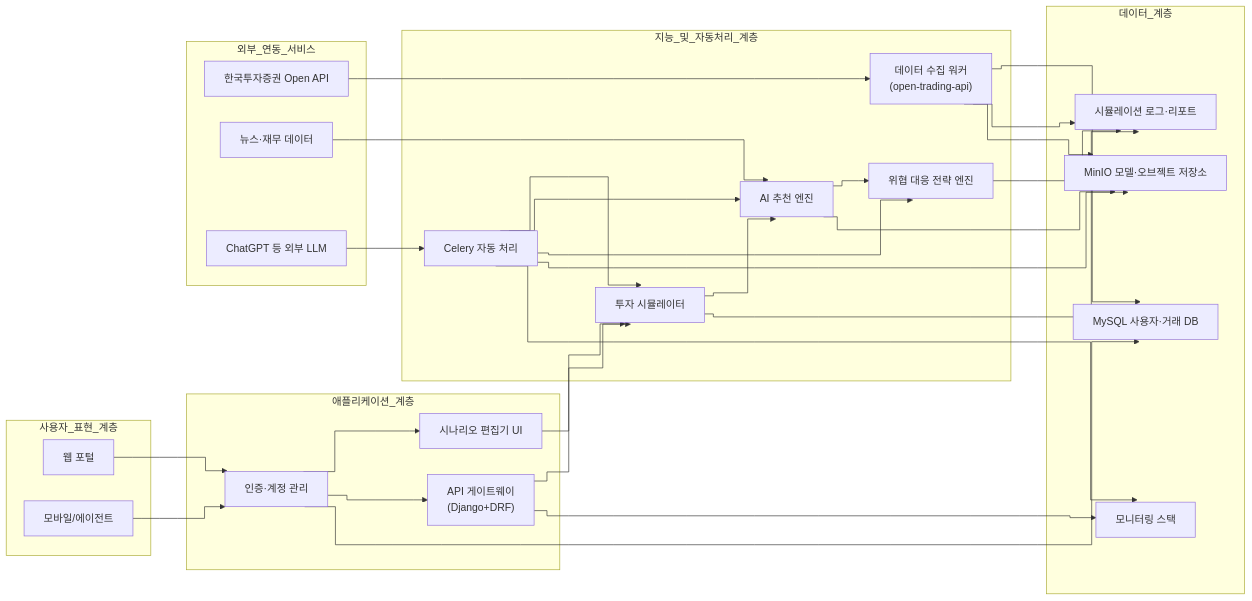
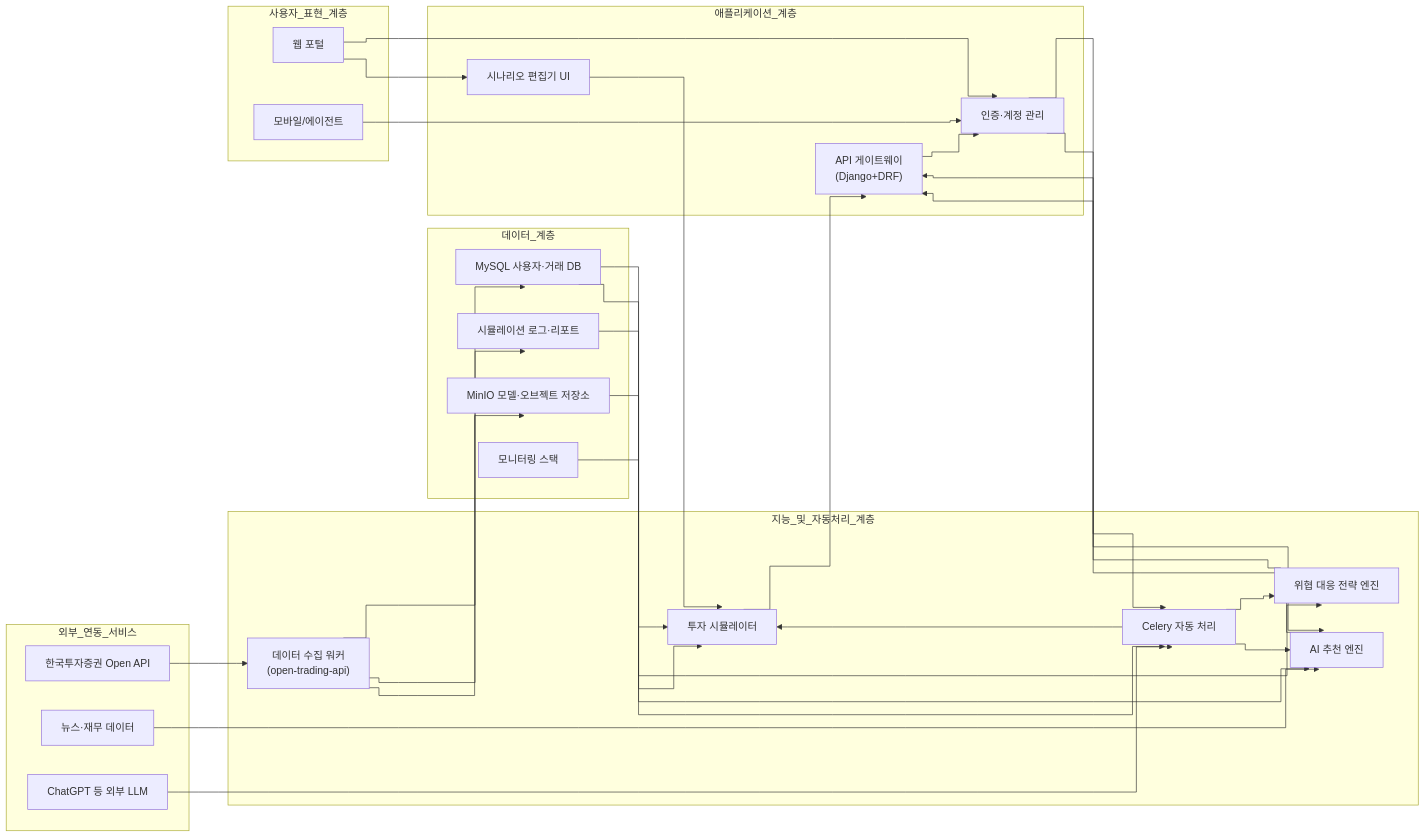
One commit to movingmin/X-AI-Convergence-Capstone-Crew changed the diagram in mdfiles/WhatcanIdo.md. Above: the diagram before and after it, drawn with Mermaid.

Commit message:
WhatcanIdo commit

````diff
--- a/mdfiles/WhatcanIdo.md
+++ b/mdfiles/WhatcanIdo.md
@@ -3,56 +3,56 @@
 ```mermaid
-%%{init: {"flowchart": {"curve": "step", "nodeSpacing": 40, "rankSpacing": 55}}}%%
+%%{init: {"flowchart": {"curve": "step", "nodeSpacing": 45, "rankSpacing": 60}}}%%
 flowchart LR
-    subgraph 사용자_표현_계층
-        A["웹 포털"]
-        B["모바일/에이전트"]
-    end
-    subgraph 애플리케이션_계층
-        C["인증·계정 관리"]
-        D["시나리오 편집기 UI"]
-        E["API 게이트웨이\n(Django+DRF)"]
+    subgraph 데이터_계층
+        K["MySQL 사용자·거래 DB"]
+        L["시뮬레이션 로그·리포트"]
+        M["MinIO 모델·오브젝트 저장소"]
+        N["모니터링 스택"]
     end
     subgraph 지능_및_자동처리_계층
         F["투자 시뮬레이터"]
         G["위협 대응 전략 엔진"]
         H["AI 추천 엔진"]
         I["Celery 자동 처리"]
         J["데이터 수집 워커\n(open-trading-api)"]
     end
-    subgraph 데이터_계층
-        K["MySQL 사용자·거래 DB"]
-        L["시뮬레이션 로그·리포트"]
-        M["MinIO 모델·오브젝트 저장소"]
-        N["모니터링 스택"]
+    subgraph 애플리케이션_계층
+        C["인증·계정 관리"]
+        D["시나리오 편집기 UI"]
+        E["API 게이트웨이\n(Django+DRF)"]
+    end
+    subgraph 사용자_표현_계층
+        A["웹 포털"]
+        B["모바일/에이전트"]
     end
     subgraph 외부_연동_서비스
         O["한국투자증권 Open API"]
         P["뉴스·재무 데이터"]
         Q["ChatGPT 등 외부 LLM"]
     end
 
-    A --> C
-    B --> C
-    C --> D
-    C --> E
-    D --> F
-    E --> F
-    F --> H
-    H --> G
-    F --> L
-    G --> L
-    H --> M
-    I --> F
-    I --> H
-    I --> G
+    K --> F
+    K --> G
+    L --> F
+    M --> H
+    N --> I
     J --> K
     J --> L
     J --> M
-    I --> M
-    C --> K
-    E --> N
-    I --> N
+    I --> F
+    I --> G
+    I --> H
+    F --> E
+    G --> E
+    H --> E
+    D --> F
+    C --> I
+    C --> H
+    E --> C
+    A --> C
+    A --> D
+    B --> C
     O --> J
     P --> H
     Q --> I
 ```
````
